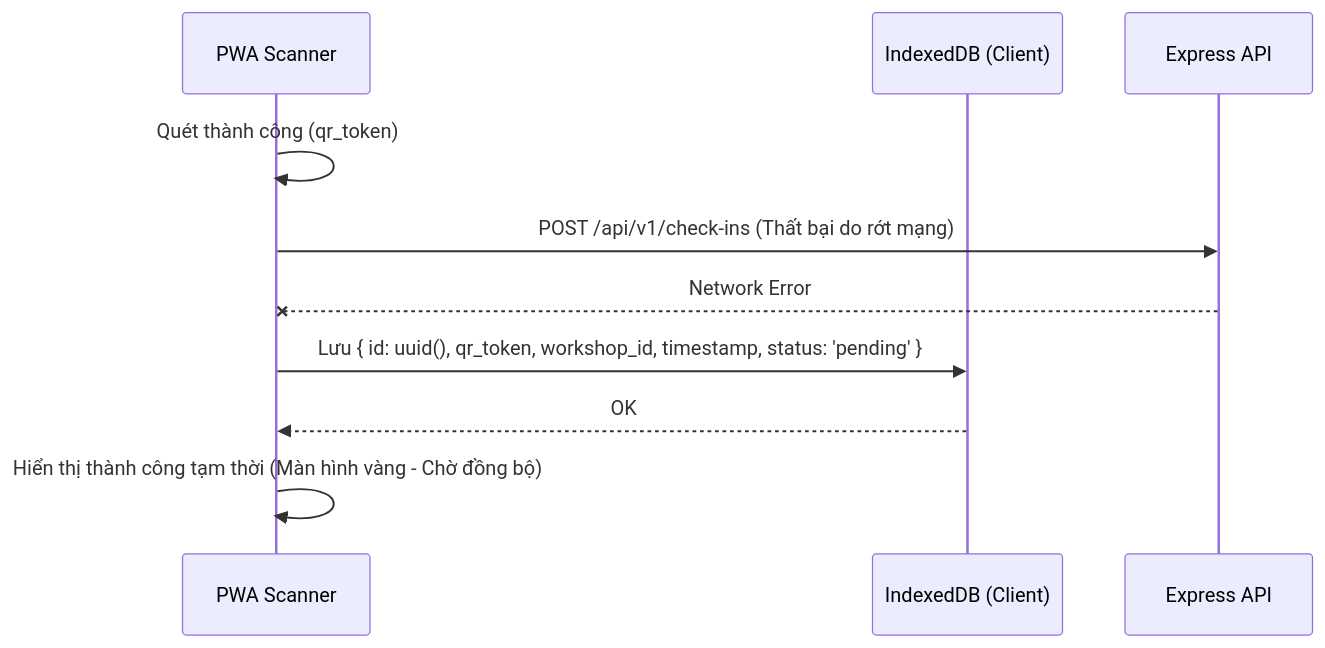
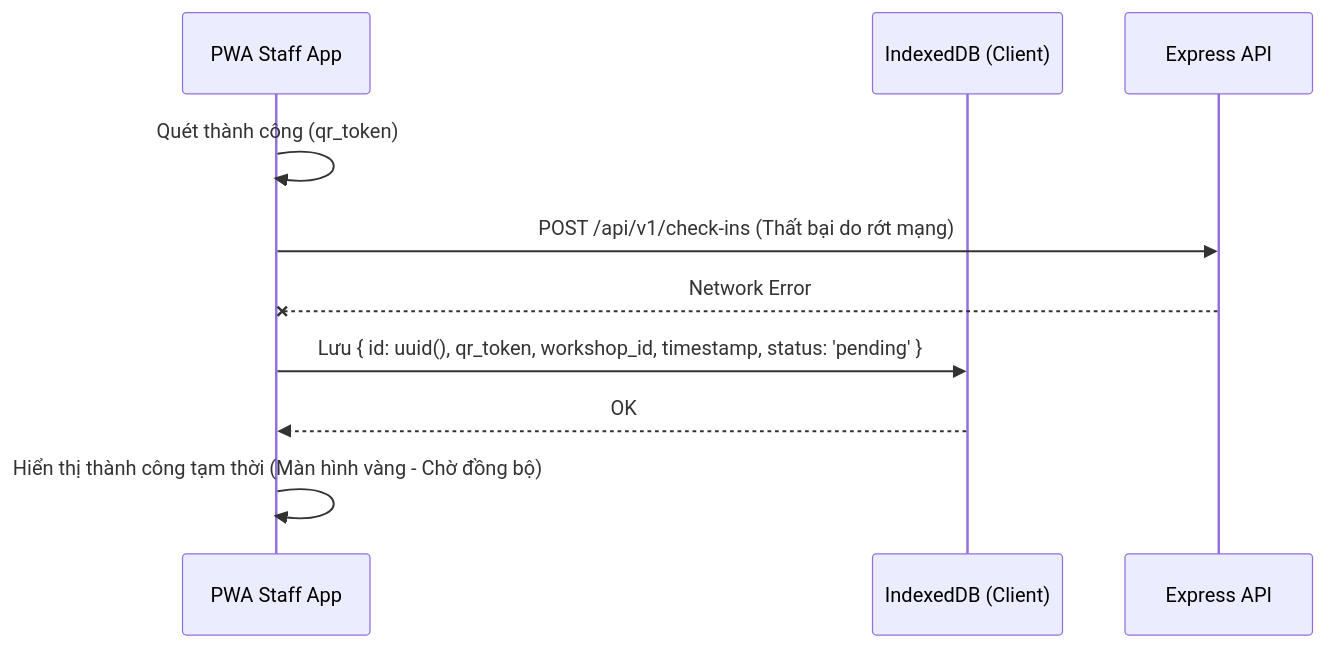
The second of 3 diagrams in blueprint/specs/checkin.md (cattybeo/23tkpm1-group16-unihub-workshop), drawn with Mermaid before and after one commit. The commit also changed other lines of this file and 7 other files, not shown here.

Commit message:
chore(docs): rename 'scanner' role to 'staff' across blueprint and specs

````diff
--- a/blueprint/specs/checkin.md
+++ b/blueprint/specs/checkin.md
@@ -100,13 +100,13 @@
 ```mermaid
 sequenceDiagram
-    participant Cam as PWA Scanner
+    participant Cam as PWA Staff App
     participant IDB as IndexedDB (Client)
     participant API as Express API
 
     Cam->>Cam: Quét thành công (qr_token)
     Cam->>API: POST /api/v1/check-ins (Thất bại do rớt mạng)
     API--xCam: Network Error
     Cam->>IDB: Lưu { id: uuid(), qr_token, workshop_id, timestamp, status: 'pending' }
     IDB-->>Cam: OK
     Cam->>Cam: Hiển thị thành công tạm thời (Màn hình vàng - Chờ đồng bộ)
 ```
````
